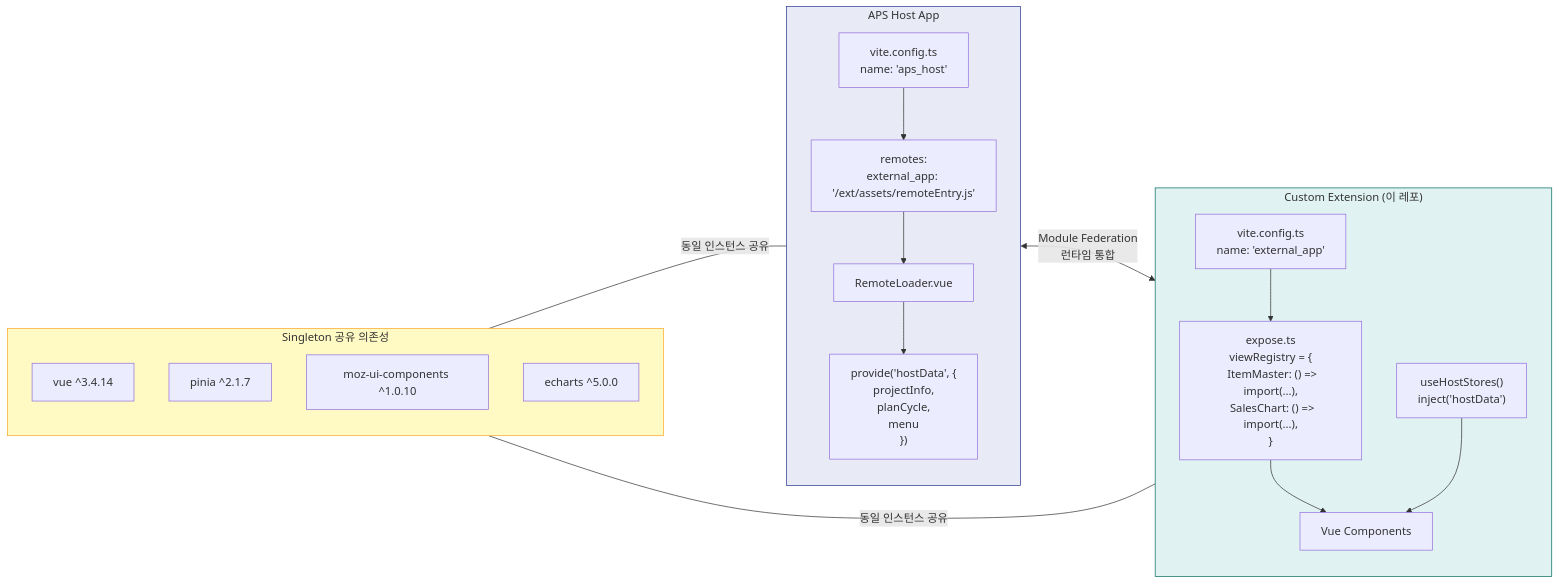
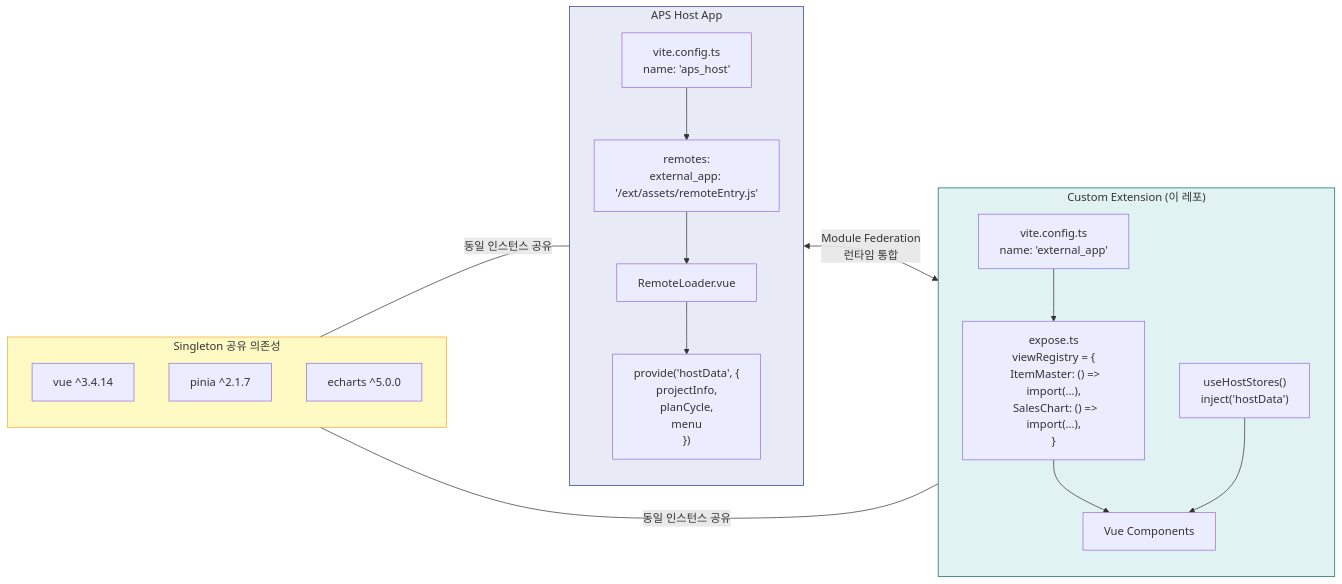
One commit to vmscloud/custom-ui-templates changed the second of 5 diagrams in docs/ARCHITECTURE_DIAGRAM.md. Above: the diagram before and after it, drawn with Mermaid. The commit also changed other lines of this file and 90 other files, not shown here.

````diff
--- a/docs/ARCHITECTURE_DIAGRAM.md
+++ b/docs/ARCHITECTURE_DIAGRAM.md
@@ -88,36 +88,35 @@
 ```mermaid
 flowchart LR
     subgraph HOST_APP["APS Host App"]
         direction TB
         H_VIT["vite.config.ts<br/>name: 'aps_host'"]
         H_REM["remotes:<br/>external_app: '/ext/assets/remoteEntry.js'"]
         H_RL["RemoteLoader.vue"]
         H_PRO["provide('hostData', {<br/>  projectInfo,<br/>  planCycle,<br/>  menu<br/>})"]
         H_VIT --> H_REM --> H_RL --> H_PRO
     end
 
     subgraph REMOTE_APP["Custom Extension (이 레포)"]
         direction TB
         R_VIT["vite.config.ts<br/>name: 'external_app'"]
         R_EXP["expose.ts<br/>viewRegistry = {<br/>  ItemMaster: () => import(...),<br/>  SalesChart: () => import(...),<br/>}"]
         R_HOST["useHostStores()<br/>inject('hostData')"]
         R_VIEW["Vue Components"]
         R_VIT --> R_EXP --> R_VIEW
         R_HOST --> R_VIEW
     end
 
     subgraph SHARED["Singleton 공유 의존성"]
         S1["vue ^3.4.14"]
         S2["pinia ^2.1.7"]
-        S3["moz-ui-components ^1.0.10"]
         S4["echarts ^5.0.0"]
     end
 
     HOST_APP <-->|"Module Federation<br/>런타임 통합"| REMOTE_APP
     SHARED ---|"동일 인스턴스 공유"| HOST_APP
     SHARED ---|"동일 인스턴스 공유"| REMOTE_APP
 
     style HOST_APP fill:#e8eaf6,stroke:#283593
     style REMOTE_APP fill:#e0f2f1,stroke:#00695c
     style SHARED fill:#fff9c4,stroke:#f9a825
 ```
````
